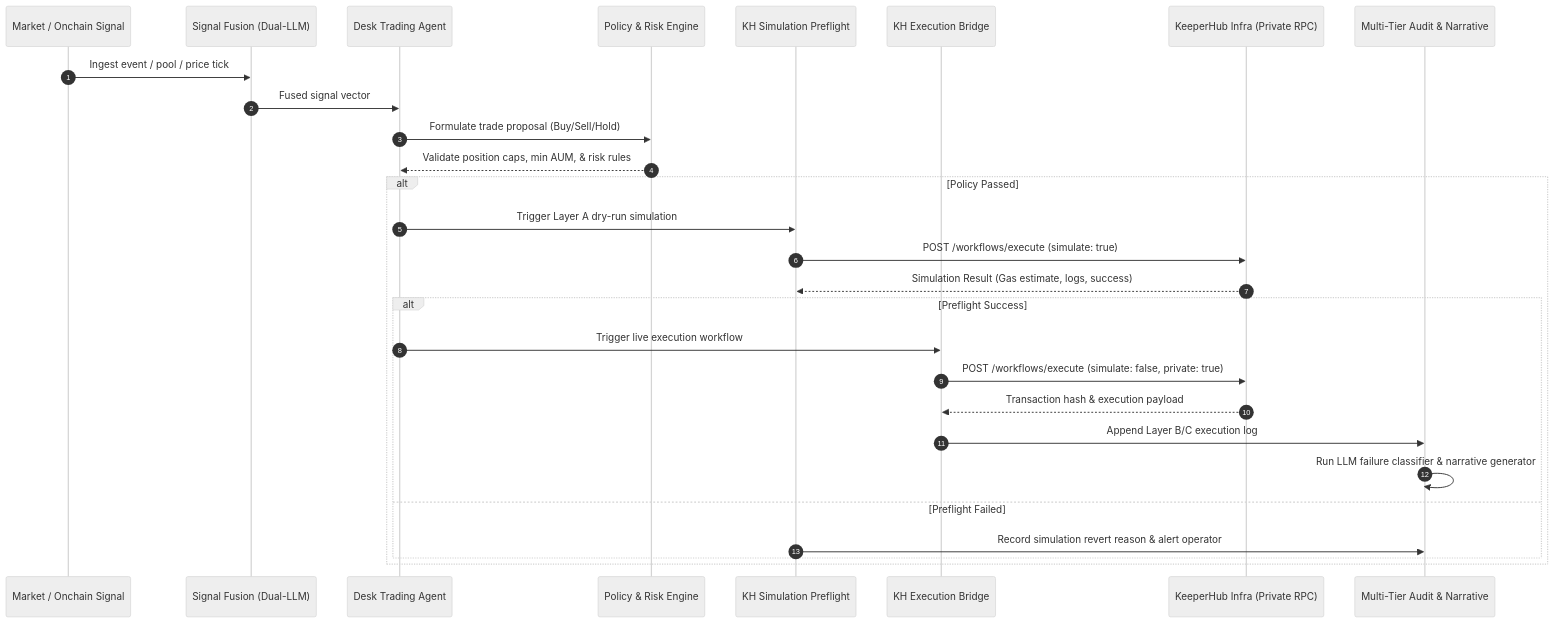
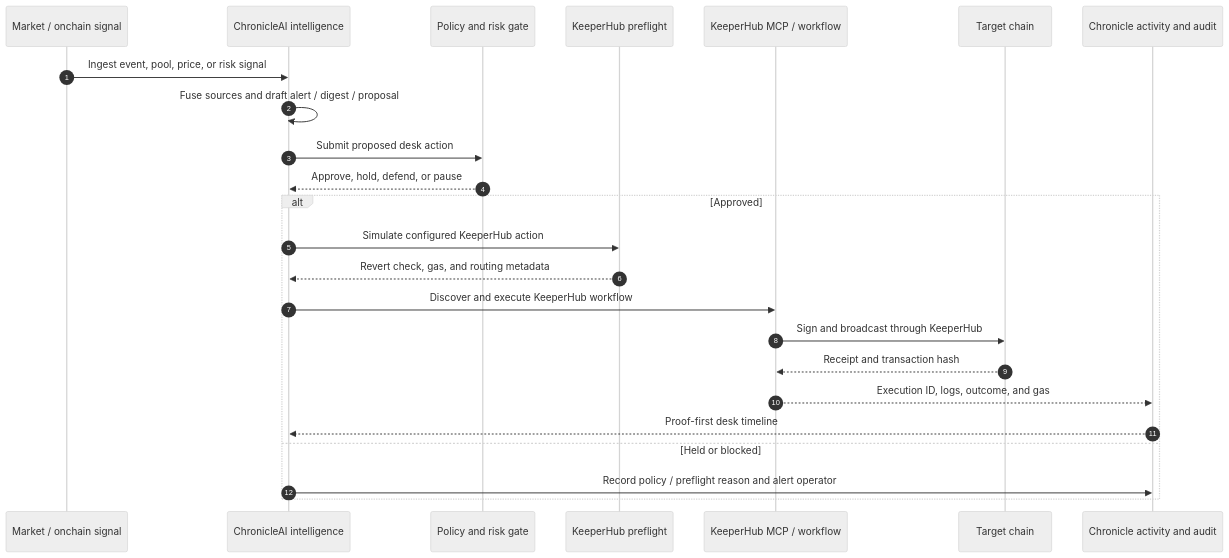
One commit to zaikaman/ChronicleAI changed the second of 2 diagrams in README.md. Above: the diagram before and after it, drawn with Mermaid (neutral theme). The commit also changed other lines of this file, not shown here.

````diff
--- a/README.md
+++ b/README.md
@@ -147,31 +148,27 @@
 ```mermaid
 sequenceDiagram
     autonumber
-    participant Signal as Market / Onchain Signal
-    participant Fusion as Signal Fusion (Dual-LLM)
-    participant Desk as Desk Trading Agent
-    participant Policy as Policy & Risk Engine
-    participant Preflight as KH Simulation Preflight
-    participant Bridge as KH Execution Bridge
-    participant KeeperHub as KeeperHub Infra (Private RPC)
-    participant Audit as Multi-Tier Audit & Narrative
+    participant Signal as Market / onchain signal
+    participant Chronicle as ChronicleAI intelligence
+    participant Policy as Policy and risk gate
+    participant Preflight as KeeperHub preflight
+    participant MCP as KeeperHub MCP / workflow
+    participant Chain as Target chain
+    participant Audit as Chronicle activity and audit
 
-    Signal->>Fusion: Ingest event / pool / price tick
-    Fusion->>Desk: Fused signal vector
-    Desk->>Policy: Formulate trade proposal (Buy/Sell/Hold)
-    Policy-->>Desk: Validate position caps, min AUM, & risk rules
-    alt Policy Passed
-        Desk->>Preflight: Trigger Layer A dry-run simulation
-        Preflight->>KeeperHub: POST /workflows/execute (simulate: true)
-        KeeperHub-->>Preflight: Simulation Result (Gas estimate, logs, success)
-        alt Preflight Success
-            Desk->>Bridge: Trigger live execution workflow
-            Bridge->>KeeperHub: POST /workflows/execute (simulate: false, private: true)
-            KeeperHub-->>Bridge: Transaction hash & execution payload
-            Bridge->>Audit: Append Layer B/C execution log
-            Audit->>Audit: Run LLM failure classifier & narrative generator
-        else Preflight Failed
-            Preflight->>Audit: Record simulation revert reason & alert operator
-        end
+    Signal->>Chronicle: Ingest event, pool, price, or risk signal
+    Chronicle->>Chronicle: Fuse sources and draft alert / digest / proposal
+    Chronicle->>Policy: Submit proposed desk action
+    Policy-->>Chronicle: Approve, hold, defend, or pause
+    alt Approved
+        Chronicle->>Preflight: Simulate configured KeeperHub action
+        Preflight-->>Chronicle: Revert check, gas, and routing metadata
+        Chronicle->>MCP: Discover and execute KeeperHub workflow
+        MCP->>Chain: Sign and broadcast through KeeperHub
+        Chain-->>MCP: Receipt and transaction hash
+        MCP-->>Audit: Execution ID, logs, outcome, and gas
+        Audit-->>Chronicle: Proof-first desk timeline
+    else Held or blocked
+        Chronicle->>Audit: Record policy / preflight reason and alert operator
     end
 ```
````
